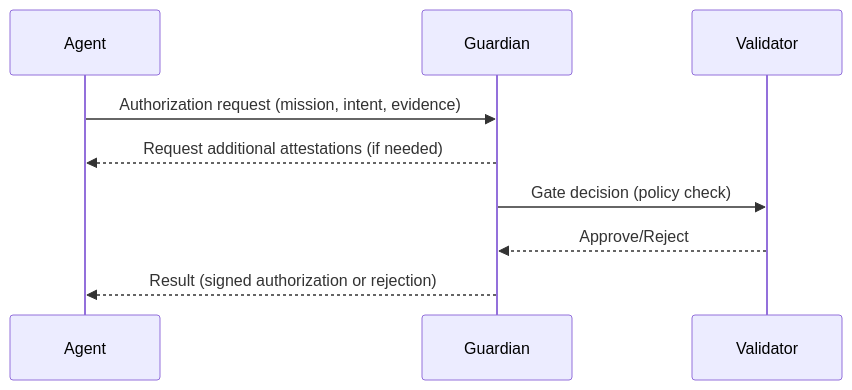
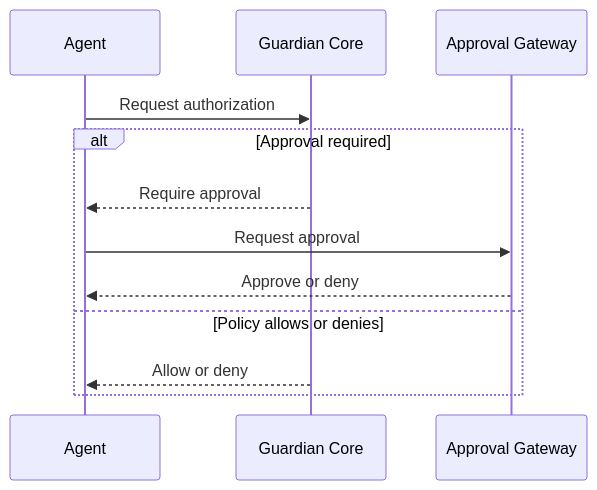
Before and after one commit to oromaskevic23-cmd/AGY: the diagram in SECURITY.md, drawn with Mermaid. The commit also changed other lines of this file and 14 other files, not shown here.

First line of the commit message:
feat(agy): implement signed local mission journal

````diff
--- a/SECURITY.md
+++ b/SECURITY.md
@@ -32,11 +32,14 @@
 ```mermaid
 sequenceDiagram
   participant Agent
-  participant Guardian
-  participant Validator
-  Agent->>Guardian: Authorization request (mission, intent, evidence)
-  Guardian-->>Agent: Request additional attestations (if needed)
-  Guardian->>Validator: Gate decision (policy check)
-  Validator-->>Guardian: Approve/Reject
-  Guardian-->>Agent: Result (signed authorization or rejection)
+  participant Guardian as Guardian Core
+  participant Approval as Approval Gateway
+  Agent->>Guardian: Request authorization
+  alt Approval required
+    Guardian-->>Agent: Require approval
+    Agent->>Approval: Request approval
+    Approval-->>Agent: Approve or deny
+  else Policy allows or denies
+    Guardian-->>Agent: Allow or deny
+  end
 ```
````
